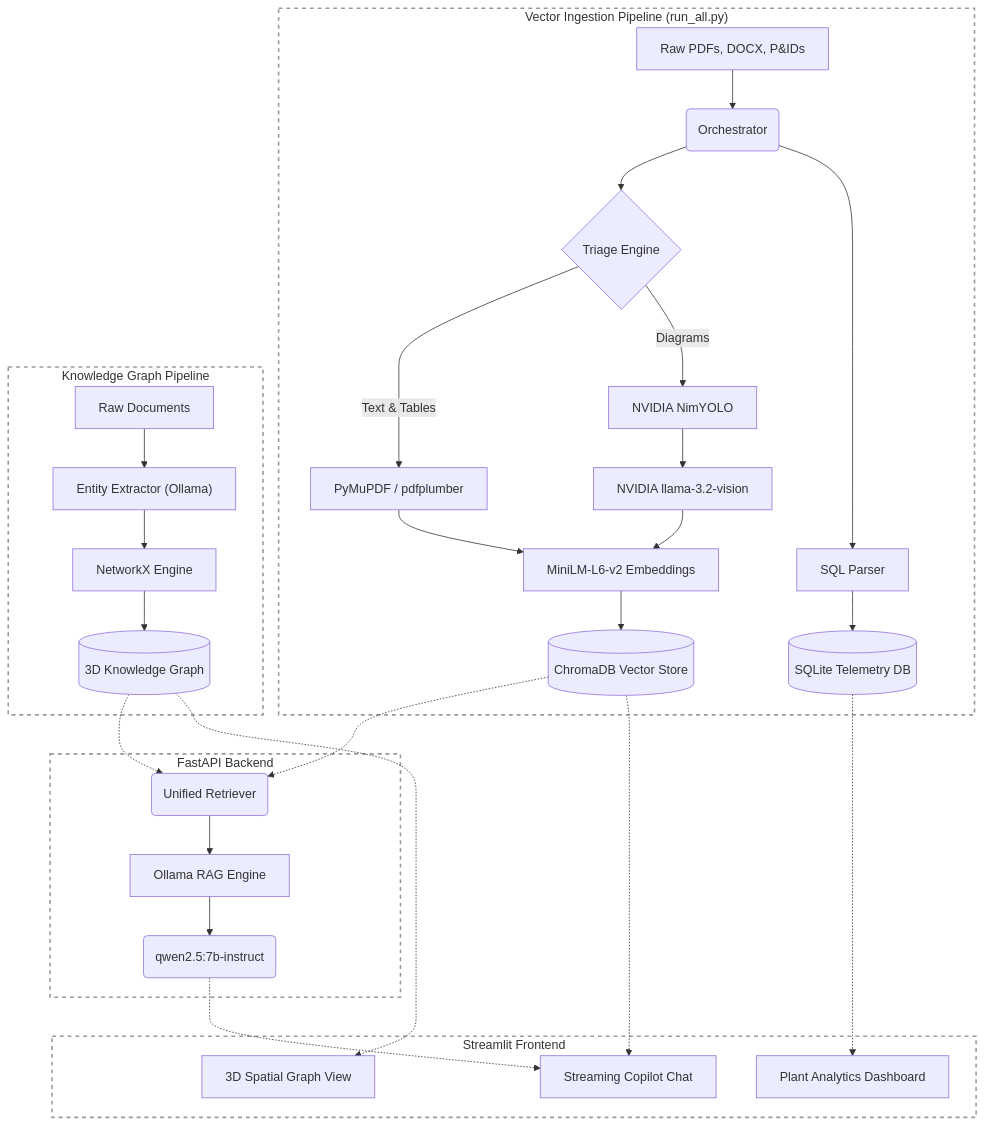
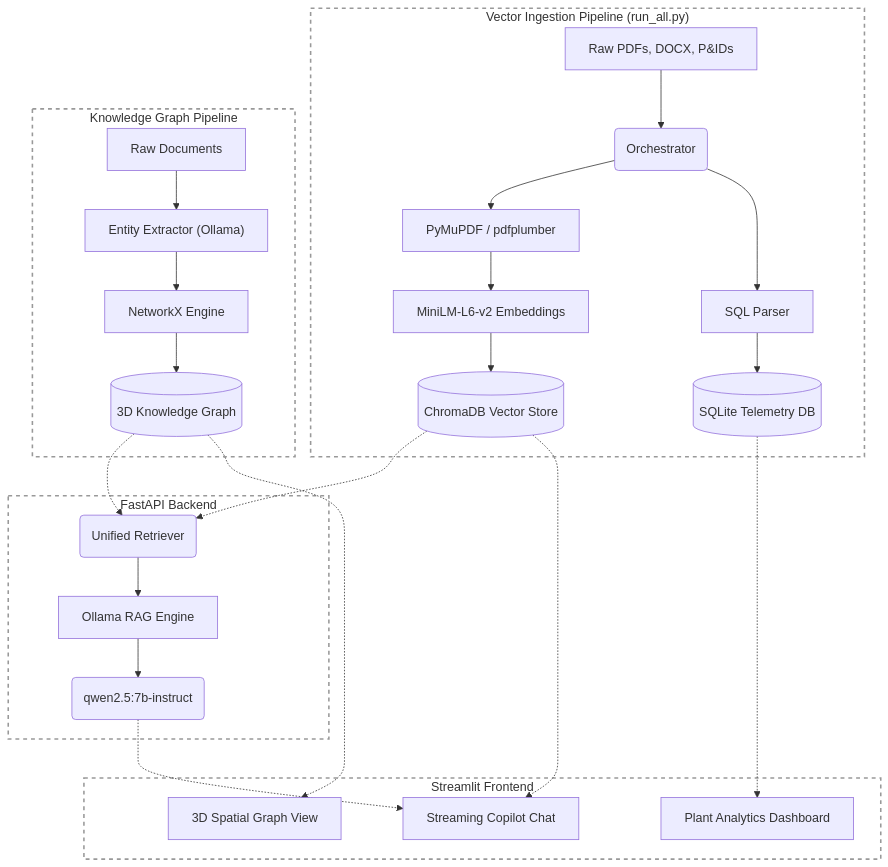
Before and after one commit to AnjaliKumari3033/et_project: the diagram in Architecture.md, drawn with Mermaid. The commit also changed 2 other files, not shown here.

Commit message:
docs: finalized docs for competition, added vision AI as future scope

````diff
--- a/Architecture.md
+++ b/Architecture.md
@@ -3,45 +3,41 @@
 ```mermaid
 flowchart TD
     subgraph Vector_Pipeline ["Vector Ingestion Pipeline (run_all.py)"]
         A[Raw PDFs, DOCX, P&IDs] --> B(Orchestrator)
-        B --> C{Triage Engine}
-        C -->|Text & Tables| D[PyMuPDF / pdfplumber]
-        C -->|Diagrams| E[NVIDIA NimYOLO]
-        E --> F[NVIDIA llama-3.2-vision]
-        F --> H[MiniLM-L6-v2 Embeddings]
-        D --> H
+        B --> D[PyMuPDF / pdfplumber]
+        D --> H[MiniLM-L6-v2 Embeddings]
         H --> I[(ChromaDB Vector Store)]
         B --> L[SQL Parser]
         L --> M[(SQLite Telemetry DB)]
     end
 
     subgraph KG_Pipeline ["Knowledge Graph Pipeline"]
         A2[Raw Documents] --> X["Entity Extractor (Ollama)"]
         X --> J[NetworkX Engine]
         J --> K[(3D Knowledge Graph)]
     end
 
     subgraph FastAPI_Backend ["FastAPI Backend"]
         I -.-> N(Unified Retriever)
         K -.-> N
         N --> O[Ollama RAG Engine]
         O --> P("qwen2.5:7b-instruct")
     end
 
     subgraph Streamlit_Frontend ["Streamlit Frontend"]
         Q[Plant Analytics Dashboard]
         R[3D Spatial Graph View]
         S[Streaming Copilot Chat]
     end
 
     M -.-> Q
     K -.-> R
     P -.-> S
     I -.-> S
 
     %% Subgraph Styling to remove grey patches
     style Vector_Pipeline fill:transparent,stroke:#999,stroke-width:2px,stroke-dasharray: 5 5
     style KG_Pipeline fill:transparent,stroke:#999,stroke-width:2px,stroke-dasharray: 5 5
     style FastAPI_Backend fill:transparent,stroke:#999,stroke-width:2px,stroke-dasharray: 5 5
     style Streamlit_Frontend fill:transparent,stroke:#999,stroke-width:2px,stroke-dasharray: 5 5
 ```
````
